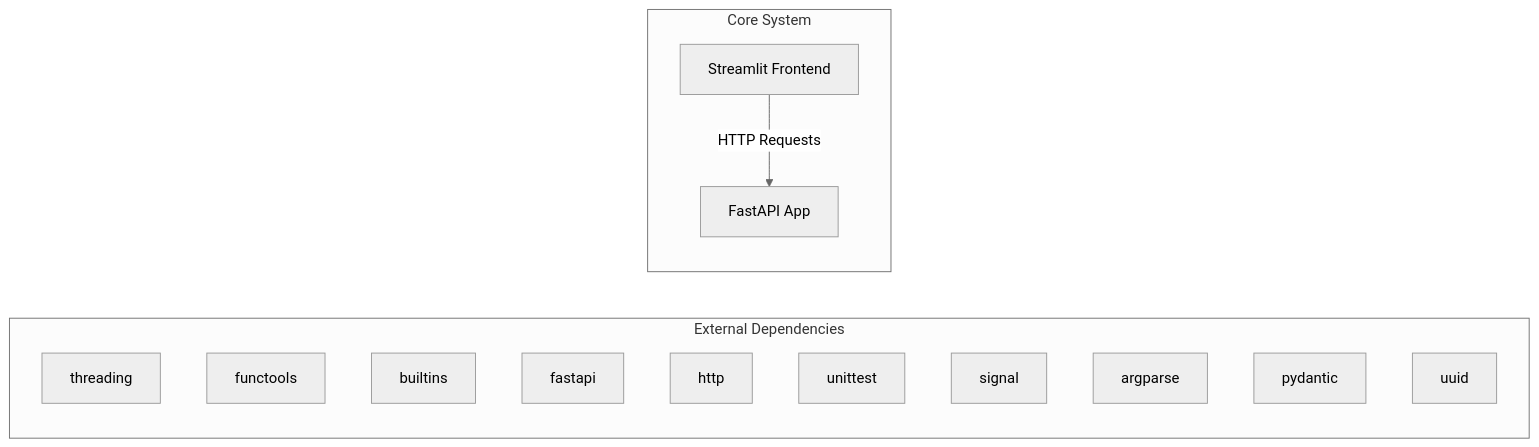
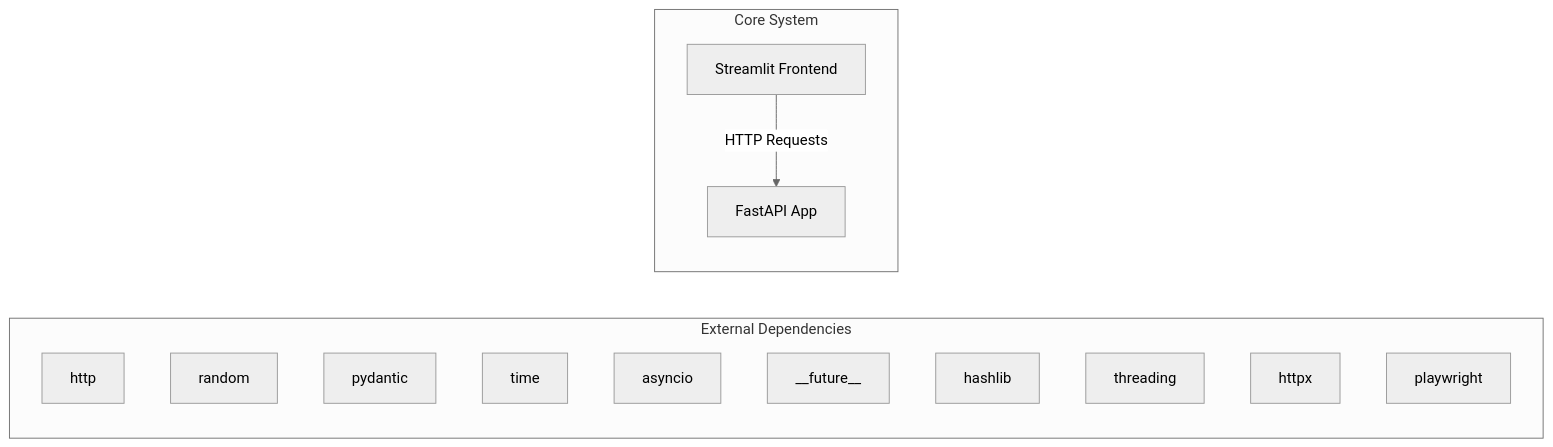
The first of 2 diagrams in docs/architecture.md (NITISH-R-G/rag-context-optimizer), drawn with Mermaid (neutral theme) before and after one commit. The commit also changed 1 other file, not shown here.

Commit message:
docs: auto-update repository knowledge, architecture diagrams, and documentation

````diff
--- a/docs/architecture.md
+++ b/docs/architecture.md
@@ -7,20 +7,20 @@
 ```mermaid
 graph LR
     subgraph External Dependencies
-        E0["threading"]
-        E1["functools"]
-        E2["builtins"]
-        E3["fastapi"]
-        E4["http"]
-        E5["unittest"]
-        E6["signal"]
-        E7["argparse"]
-        E8["pydantic"]
-        E9["uuid"]
+        E0["http"]
+        E1["random"]
+        E2["pydantic"]
+        E3["time"]
+        E4["asyncio"]
+        E5["__future__"]
+        E6["hashlib"]
+        E7["threading"]
+        E8["httpx"]
+        E9["playwright"]
     end
     subgraph Core System
         API["FastAPI App"]
         UI["Streamlit Frontend"]
     end
     UI -->|HTTP Requests| API
 ```
````
